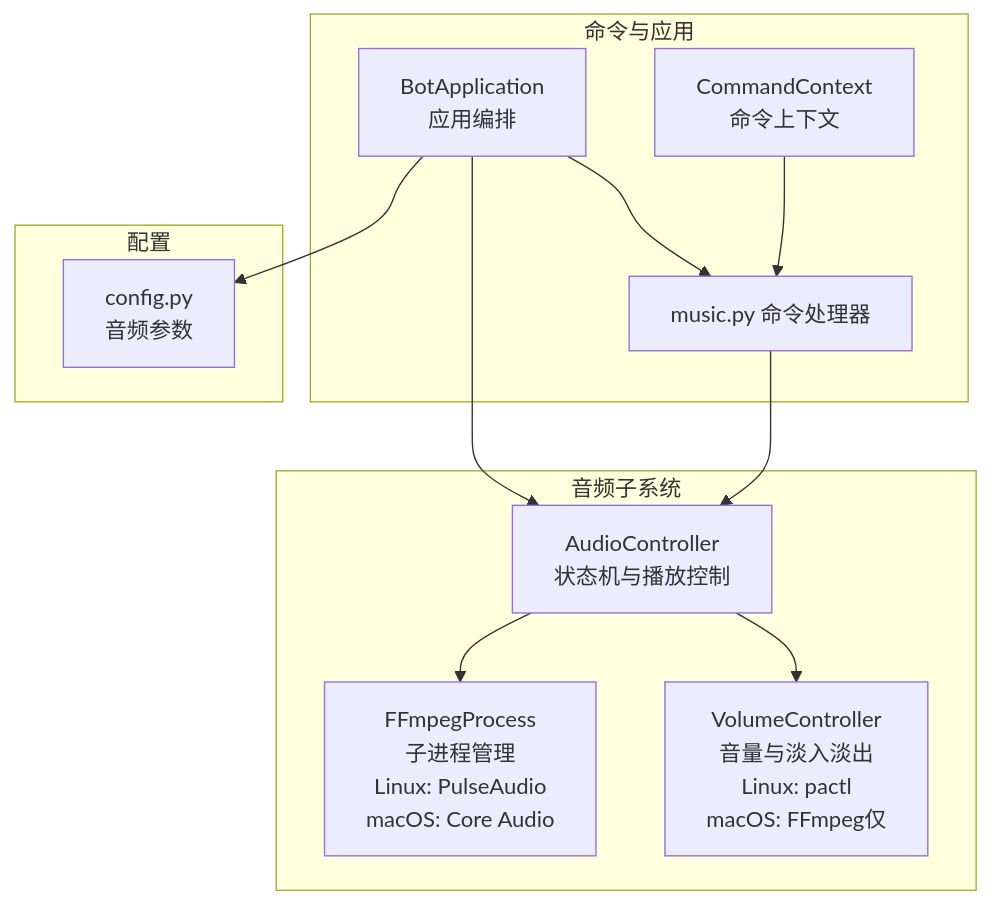
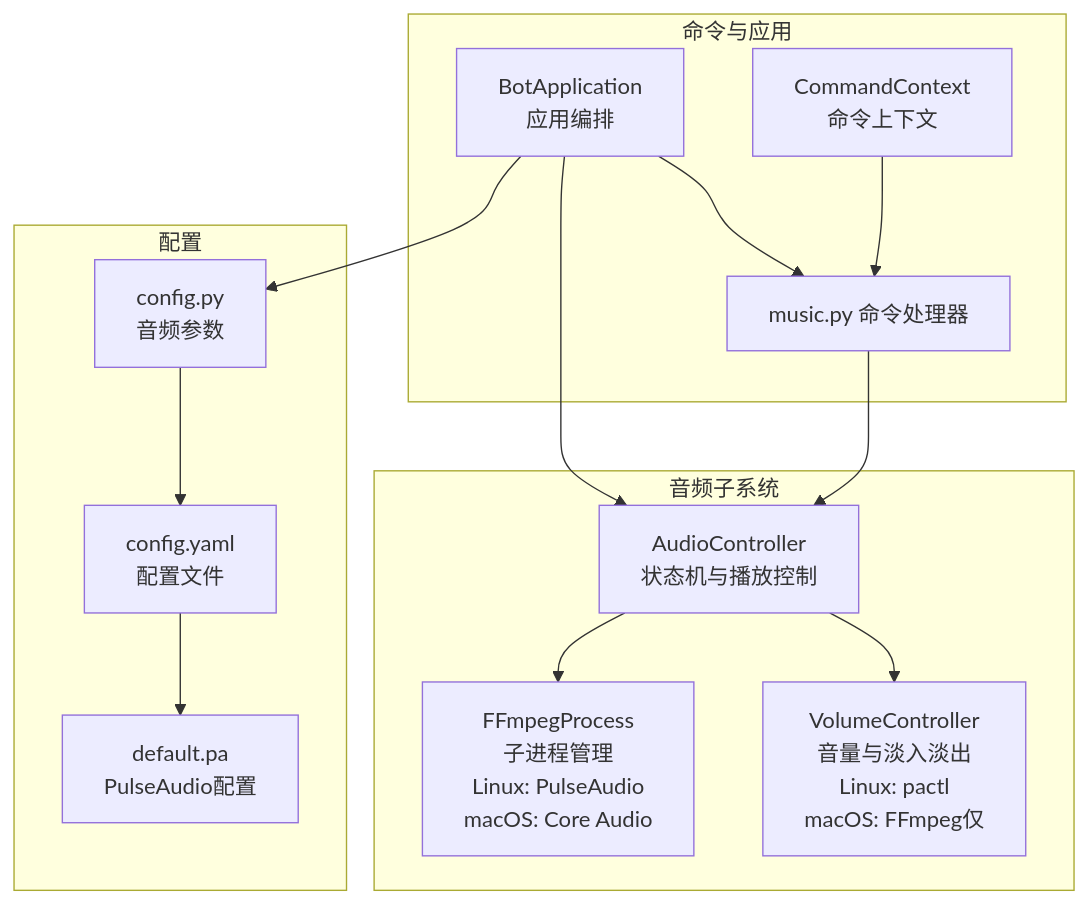
One commit to GhoulOwl/Teamspeak3_Bot changed the first of 8 diagrams in .qoder/repowiki/zh/content/音乐播放系统/音频控制器.md. Above: the diagram before and after it, drawn with Mermaid. The commit also changed other lines of this file and 8 other files, not shown here.

````diff
--- a/.qoder/repowiki/zh/content/音乐播放系统/音频控制器.md
+++ b/.qoder/repowiki/zh/content/音乐播放系统/音频控制器.md
@@ -46,23 +50,27 @@
 ```mermaid
 graph TB
 subgraph "音频子系统"
 AC["AudioController<br/>状态机与播放控制"]
 FFM["FFmpegProcess<br/>子进程管理<br/>Linux: PulseAudio<br/>macOS: Core Audio"]
 VOL["VolumeController<br/>音量与淡入淡出<br/>Linux: pactl<br/>macOS: FFmpeg仅"]
 end
 subgraph "命令与应用"
 APP["BotApplication<br/>应用编排"]
 CMD["music.py 命令处理器"]
 CTX["CommandContext<br/>命令上下文"]
 end
 subgraph "配置"
 CFG["config.py<br/>音频参数"]
+YAML["config.yaml<br/>配置文件"]
+PA["default.pa<br/>PulseAudio配置"]
 end
 AC --> FFM
 AC --> VOL
 APP --> AC
 APP --> CMD
 CMD --> AC
 CTX --> CMD
 APP --> CFG
+CFG --> YAML
+YAML --> PA
 ```
````
